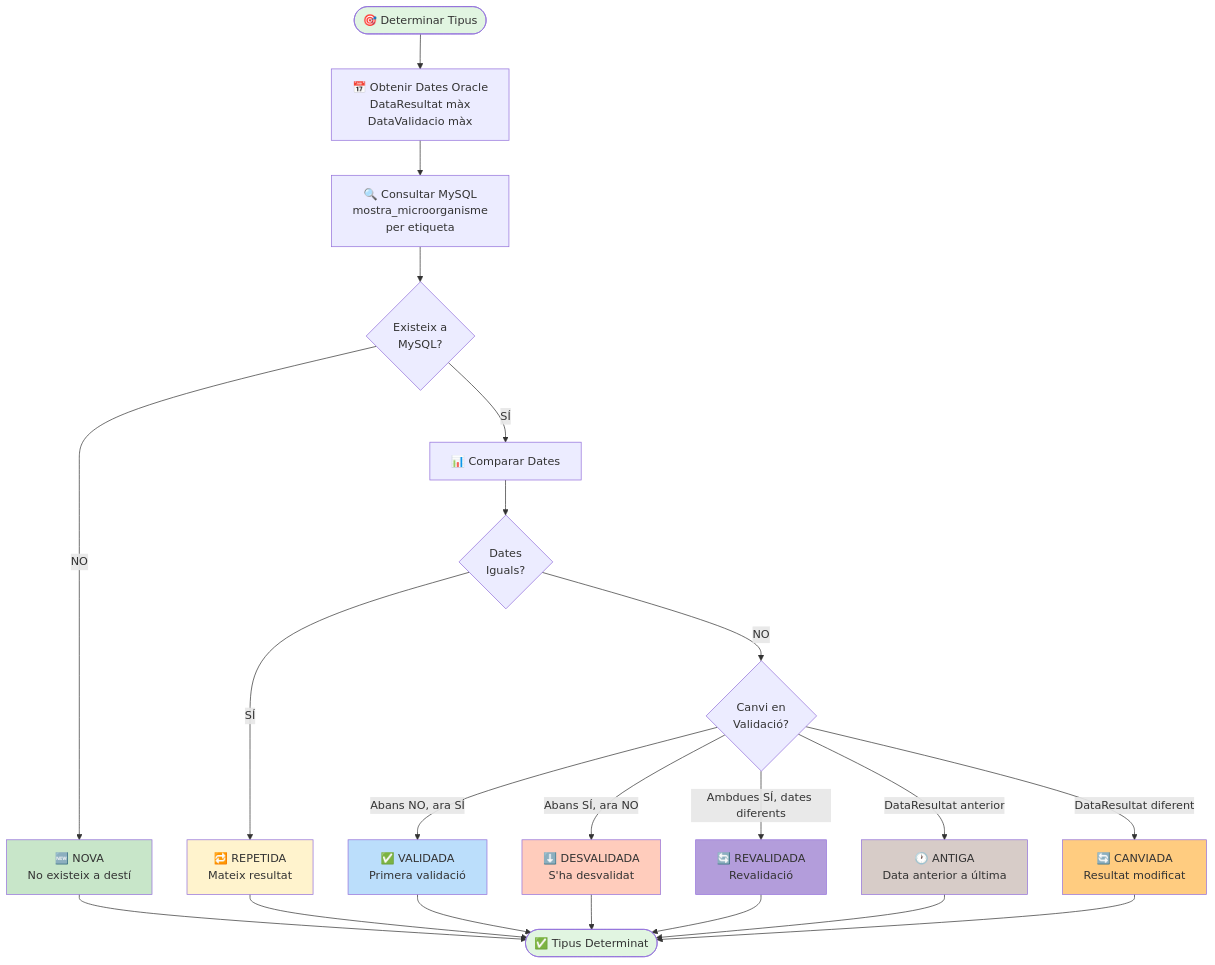
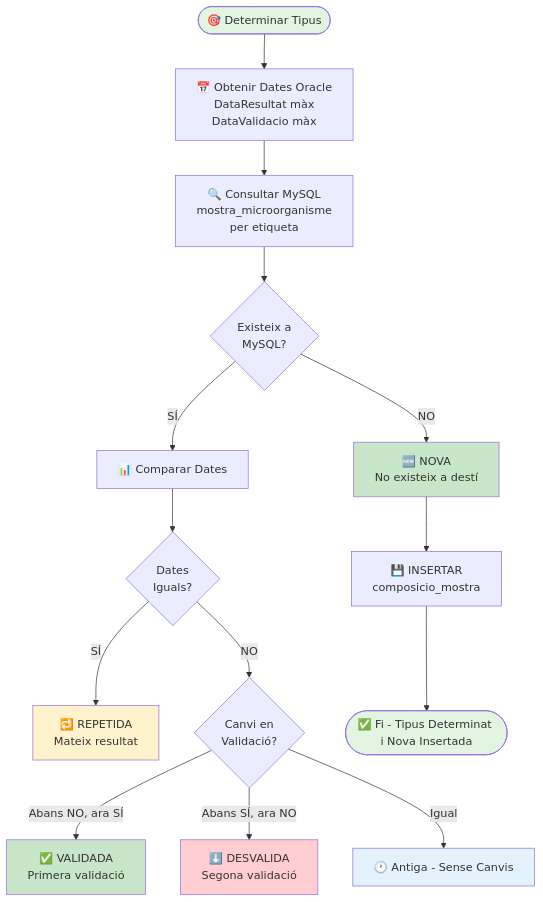
The eighth of 8 diagrams in MultirIntegraModulab/Docs/DIAGRAMES_FLUX_MERMAID.md (CarlosCastillo70/MultirIntegraModulab), drawn with Mermaid before and after one commit. The commit also changed other lines of this file and 1 other file, not shown here.

Commit message:
feat: actualització diagrama flux

````diff
--- a/MultirIntegraModulab/Docs/DIAGRAMES_FLUX_MERMAID.md
+++ b/MultirIntegraModulab/Docs/DIAGRAMES_FLUX_MERMAID.md
@@ -291,34 +329,32 @@
 ```mermaid
 flowchart TD
     Start([🎯 Determinar Tipus]) --> GetDatesOracle[📅 Obtenir Dates Oracle<br/>DataResultat màx<br/>DataValidacio màx]
     
     GetDatesOracle --> QueryMySQL[🔍 Consultar MySQL<br/>mostra_microorganisme<br/>per etiqueta]
     
     QueryMySQL --> ExistsMySQL{Existeix a<br/>MySQL?}
     
     ExistsMySQL -->|NO| Nova[🆕 NOVA<br/>No existeix a destí]
     ExistsMySQL -->|SÍ| CompareDates[📊 Comparar Dates]
     
     CompareDates --> SameDates{Dates<br/>Iguals?}
     
     SameDates -->|SÍ| Repetida[🔁 REPETIDA<br/>Mateix resultat]
     SameDates -->|NO| CheckValidation{Canvi en<br/>Validació?}
     
     CheckValidation -->|Abans NO, ara SÍ| Validada[✅ VALIDADA<br/>Primera validació]
-    CheckValidation -->|Abans SÍ, ara NO| Desvalidada[⬇️ DESVALIDADA<br/>S'ha desvalidat]
-    CheckValidation -->|Ambdues SÍ, dates diferents| Revalidada[🔄 REVALIDADA<br/>Revalidació]
-    CheckValidation -->|DataResultat anterior| Antiga[🕐 ANTIGA<br/>Data anterior a última]
-    CheckValidation -->|DataResultat diferent| Canviada[🔄 CANVIADA<br/>Resultat modificat]
+    CheckValidation -->|Abans SÍ, ara NO| Desvalidada[⬇️ DESVALIDA<br/>Segona validació]
+    CheckValidation -->|Igual| Antiga[🕐 Antiga - Sense Canvis]
     
-    Nova & Repetida & Validada & Desvalidada & Revalidada & Antiga & Canviada --> Result([✅ Tipus Determinat])
+    Nova --> InsertNova[💾 INSERTAR<br/>composicio_mostra]
+    
+    InsertNova --> End([✅ Fi - Tipus Determinat i Nova Insertada])
     
     style Start fill:#e1f5e1
-    style Result fill:#e1f5e1
+    style End fill:#e1f5e1
     style Nova fill:#c8e6c9
     style Repetida fill:#fff3cd
-    style Validada fill:#bbdefb
-    style Revalidada fill:#b39ddb
-    style Desvalidada fill:#ffccbc
-    style Antiga fill:#d7ccc8
-    style Canviada fill:#ffcc80
+    style Validada fill:#c8e6c9
+    style Desvalidada fill:#ffcdd2
+    style Antiga fill:#e3f2fd
 ```
````
